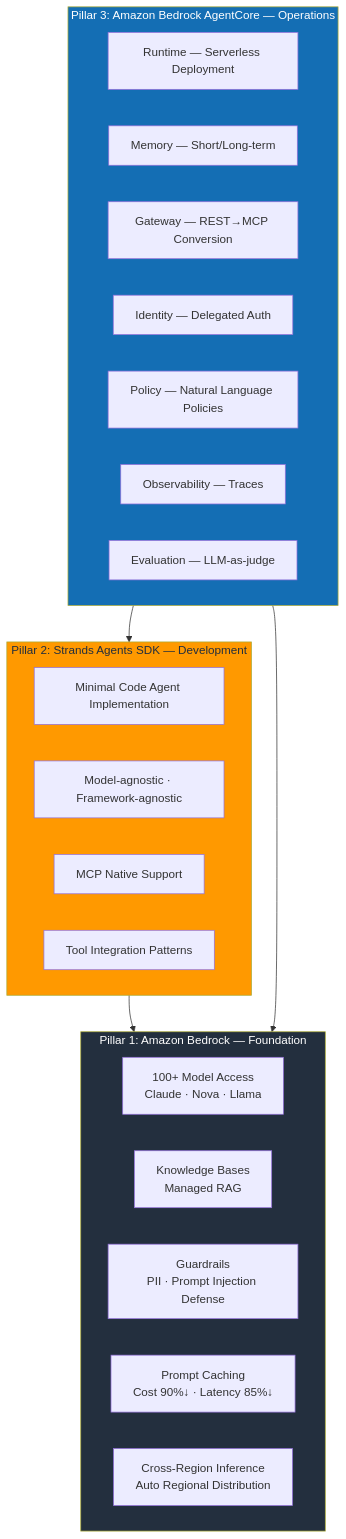
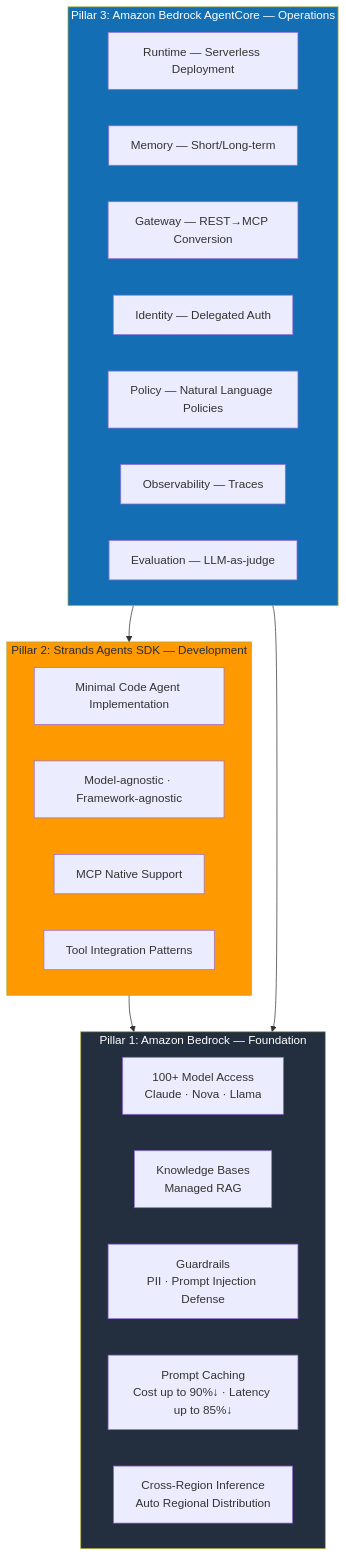
One commit to devfloor9/engineering-playbook changed the first of 5 diagrams in docs/agentic-ai-platform/design-architecture/platform-selection/aws-native-agentic-platform.md. Above: the diagram before and after it, drawn with Mermaid. The commit also changed other lines of this file and 39 other files, not shown here.

````diff
--- a/docs/agentic-ai-platform/design-architecture/platform-selection/aws-native-agentic-platform.md
+++ b/docs/agentic-ai-platform/design-architecture/platform-selection/aws-native-agentic-platform.md
@@ -62,35 +62,35 @@
 ```mermaid
 graph TB
     subgraph Pillar1["Pillar 1: Amazon Bedrock — Foundation"]
         B1["100+ Model Access<br/>Claude · Nova · Llama"]
         B2["Knowledge Bases<br/>Managed RAG"]
         B3["Guardrails<br/>PII · Prompt Injection Defense"]
-        B4["Prompt Caching<br/>Cost 90%↓ · Latency 85%↓"]
+        B4["Prompt Caching<br/>Cost up to 90%↓ · Latency up to 85%↓"]
         B5["Cross-Region Inference<br/>Auto Regional Distribution"]
     end
 
     subgraph Pillar2["Pillar 2: Strands Agents SDK — Development"]
         S1["Minimal Code Agent Implementation"]
         S2["Model-agnostic · Framework-agnostic"]
         S3["MCP Native Support"]
         S4["Tool Integration Patterns"]
     end
 
     subgraph Pillar3["Pillar 3: Amazon Bedrock AgentCore — Operations"]
         A1["Runtime — Serverless Deployment"]
         A2["Memory — Short/Long-term"]
         A3["Gateway — REST→MCP Conversion"]
         A4["Identity — Delegated Auth"]
         A5["Policy — Natural Language Policies"]
         A6["Observability — Traces"]
         A7["Evaluation — LLM-as-judge"]
     end
 
     Pillar2 --> Pillar1
     Pillar3 --> Pillar2
     Pillar3 --> Pillar1
 
     style Pillar1 fill:#232F3E,color:#fff
     style Pillar2 fill:#FF9900,color:#232F3E
     style Pillar3 fill:#146EB4,color:#fff
 ```
````
